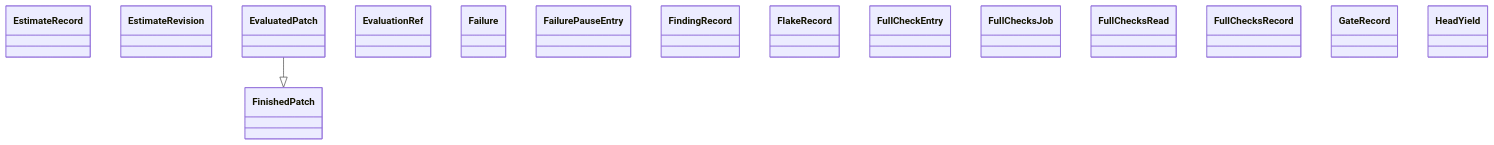
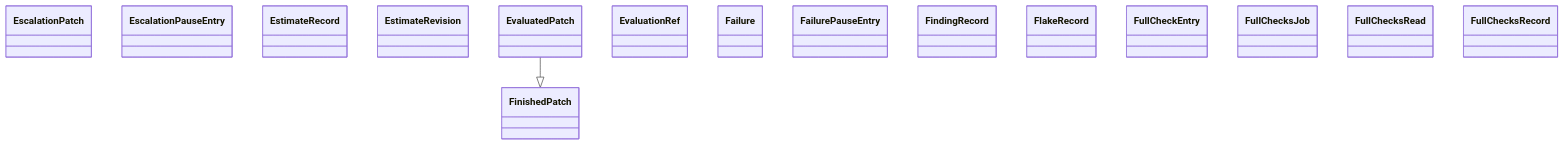
The diagram in docs/architecture/generated/classes-process-domain-state-5.md (GonzaloZevallos/agentic-system), drawn with Mermaid before and after one commit. The commit also changed other lines of this file and 9 other files, not shown here.

````diff
--- a/docs/architecture/generated/classes-process-domain-state-5.md
+++ b/docs/architecture/generated/classes-process-domain-state-5.md
@@ -29,19 +29,19 @@
 ```mermaid
 classDiagram
+    class task__EscalationPatch["EscalationPatch"]
+    class task__EscalationPauseEntry["EscalationPauseEntry"]
     class task__EstimateRecord["EstimateRecord"]
     class task__EstimateRevision["EstimateRevision"]
     class task__EvaluatedPatch["EvaluatedPatch"]
     class task__EvaluationRef["EvaluationRef"]
     class task__Failure["Failure"]
     class task__FailurePauseEntry["FailurePauseEntry"]
     class task__FindingRecord["FindingRecord"]
     class task__FinishedPatch["FinishedPatch"]
     class task__FlakeRecord["FlakeRecord"]
     class task__FullCheckEntry["FullCheckEntry"]
     class task__FullChecksJob["FullChecksJob"]
     class task__FullChecksRead["FullChecksRead"]
     class task__FullChecksRecord["FullChecksRecord"]
-    class task__GateRecord["GateRecord"]
-    class task__HeadYield["HeadYield"]
     task__EvaluatedPatch --|> task__FinishedPatch
 ```
````
